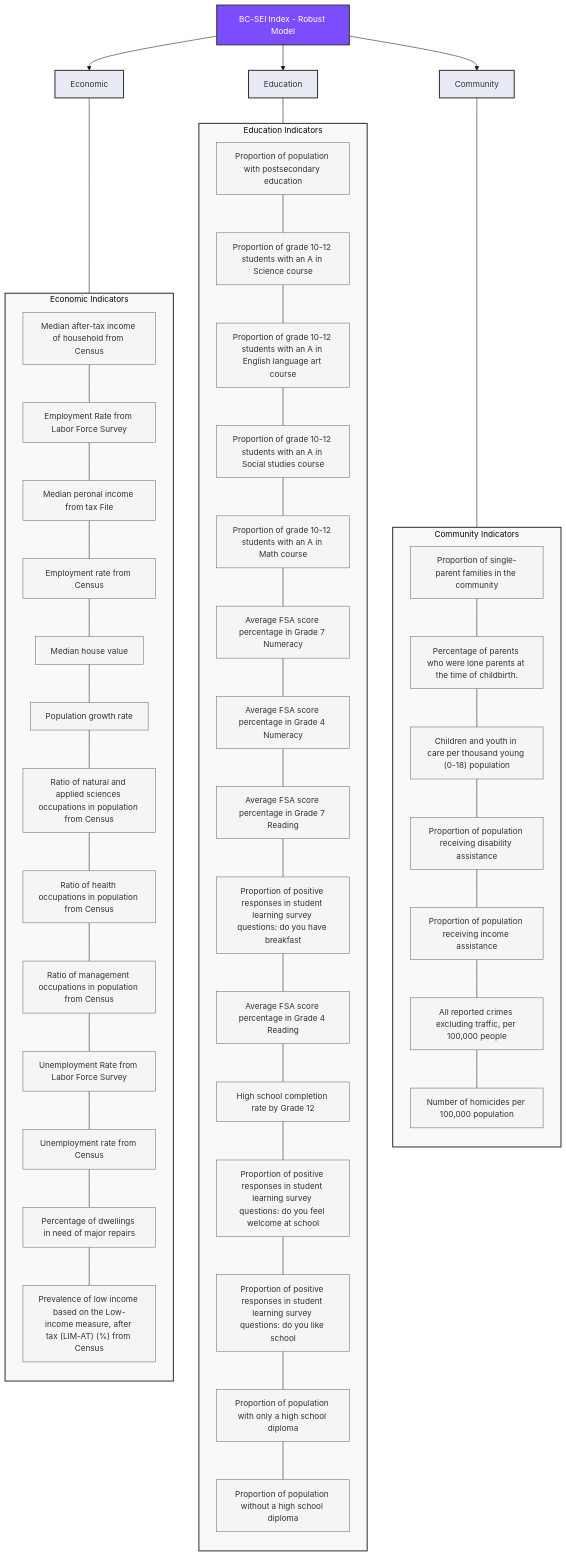
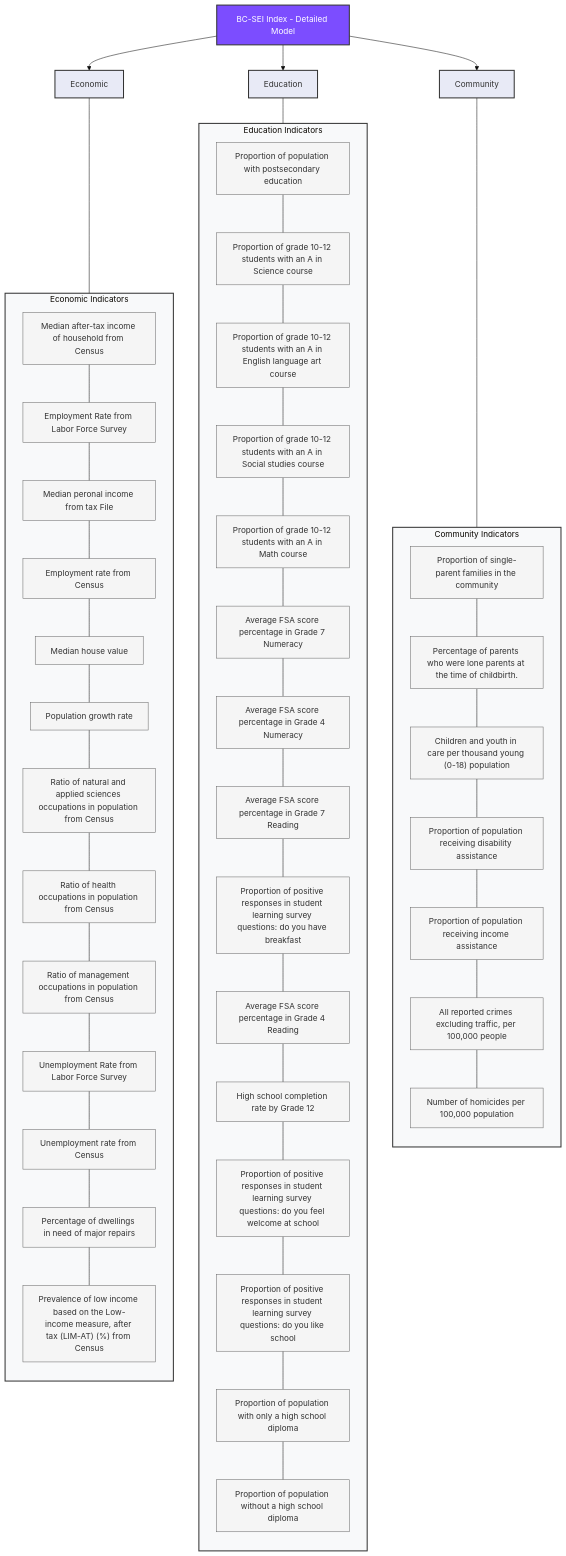
The second of 4 diagrams in src/background_info/SES_indices_hierarchical_diagram.md (bcgov/bcstats-ses), drawn with Mermaid (base theme) before and after one commit. The commit also changed other lines of this file, not shown here.

Commit message:
rename Detailed model

````diff
--- a/src/background_info/SES_indices_hierarchical_diagram.md
+++ b/src/background_info/SES_indices_hierarchical_diagram.md
@@ -143,66 +143,66 @@
 ```mermaid
 graph TD
-    A[BC-SEI Index - Robust Model] --> B[Economic]
+    A[BC-SEI Index - Detailed Model] --> B[Economic]
     A --> C[Education]
     A --> E[Community]
 
     %%  Link each category to the FIRST node INSIDE its subgraph
     B --- B1
     C --- C1
     E --- E1
 
     subgraph EconBox ["Economic Indicators"]
         direction TB
         B1[Median after-tax income of household from Census] --- B2[Employment Rate from Labor Force Survey]
         B2 --- B3[Median peronal income from tax File]
         B3 --- B4[Employment rate from Census]
         B4 --- B5[Median house value]
         B5 --- B6[Population growth rate]
         B6 --- B7[Ratio of natural and applied sciences occupations in population from Census]
         B7 --- B8[Ratio of health occupations in population from Census]
         B8 --- B9[Ratio of management occupations in population from Census]
         B9 --- B10[Unemployment Rate from Labor Force Survey]
         B10 --- B11[Unemployment rate from Census]
         B11 --- B12[Percentage of dwellings in need of major repairs]
         B12 --- B13["Prevalence of low income based on the Low-income measure, after tax (LIM-AT) (%) from Census"]
     end
 
     subgraph EduBox ["Education Indicators"]
         direction TB
         C1[Proportion of population with postsecondary education] --- C2[Proportion of grade 10-12 students with an A in Science course]
         C2 --- C3[Proportion of grade 10-12 students with an A in English language art course]
         C3 --- C4[Proportion of grade 10-12 students with an A in Social studies course]
         C4 --- C5[Proportion of grade 10-12 students with an A in Math course]
         C5 --- C6[Average FSA score percentage in Grade 7 Numeracy]
         C6 --- C7[Average FSA score percentage in Grade 4 Numeracy]
         C7 --- C8[Average FSA score percentage in Grade 7 Reading]
         C8 --- C9[Proportion of positive responses in student learning survey questions: do you have breakfast ]
         C9 --- C10[Average FSA score percentage in Grade 4 Reading]
         C10 --- C11[High school completion rate by Grade 12]
         C11 --- C12[Proportion of positive responses in student learning survey questions: do you feel welcome at school]
         C12 --- C13[Proportion of positive responses in student learning survey questions: do you like school]
         C13 --- C14[Proportion of population with only a high school diploma]
         C14 --- C15[Proportion of population without a high school diploma]
     end
 
 
     subgraph CommunityBox ["Community Indicators"]
         direction TB
         E1[Proportion of single-parent families in the community] --- E2[Percentage of parents who were lone parents at the time of childbirth.]
         E2 --- E3["Children and youth in care per thousand young (0-18) population"]
         E3 --- E4[Proportion of population receiving disability assistance]
         E4 --- E5[Proportion of population receiving income assistance]
         E5 --- E6[All reported crimes excluding traffic, per 100,000 people]
         E6 --- E7[Number of homicides per 100,000 population]
     end
 
     classDef indexStyle fill:#7C4DFF,stroke:#333,stroke-width:2px,color:#fff
     classDef domainStyle fill:#E8EAF6,stroke:#333,stroke-width:2px
     classDef indicatorStyle fill:#F5F5F5,stroke:#666,stroke-width:1px
     classDef boxStyle fill:#F8F9FA,stroke:#333,stroke-width:2px
 
     class A indexStyle
     class B,C,D,E domainStyle
     class EconBox,EduBox,HealthBox,CommunityBox boxStyle
     class B1,B2,B3,B4,B5,B6,B7,B8,B9,B10,B11,B12,B13,C1,C2,C3,C4,C5,C6,C7,C8,C9,C10,C11,C12,C13,C14,C15,D1,D2,D3,D4,D5,D6,E1,E2,E3,E4,E5,E6,E7 indicatorStyle
 ```
````
